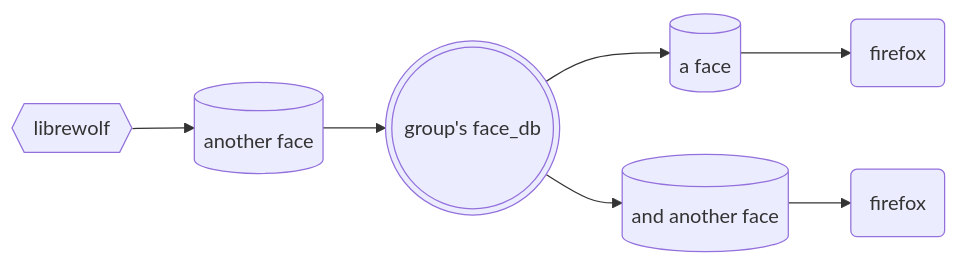
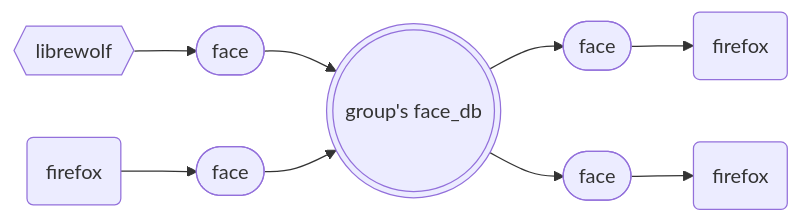
Before and after one commit to 198thread/lineup: the fourth of 4 diagrams in README.md, drawn with Mermaid.

Commit message:
Update README.md
added more to 4th mermaid diagram

````diff
--- a/README.md
+++ b/README.md
@@ -51,9 +51,11 @@
 ```mermaid
 graph LR;
-    A(((group's face_db))) --> B[(a face)]
+    A(((group's face_db))) --> B([face])
     B --> E(firefox)
     D{{librewolf}} --> C
-    C[(another face)] --> A
-    A --> F[(and another face)]
+    C([face]) --> A
+    A --> F([face])
     F --> G(firefox)
+    H(firefox) --> I([face])
+    I --> A
 ```
````
